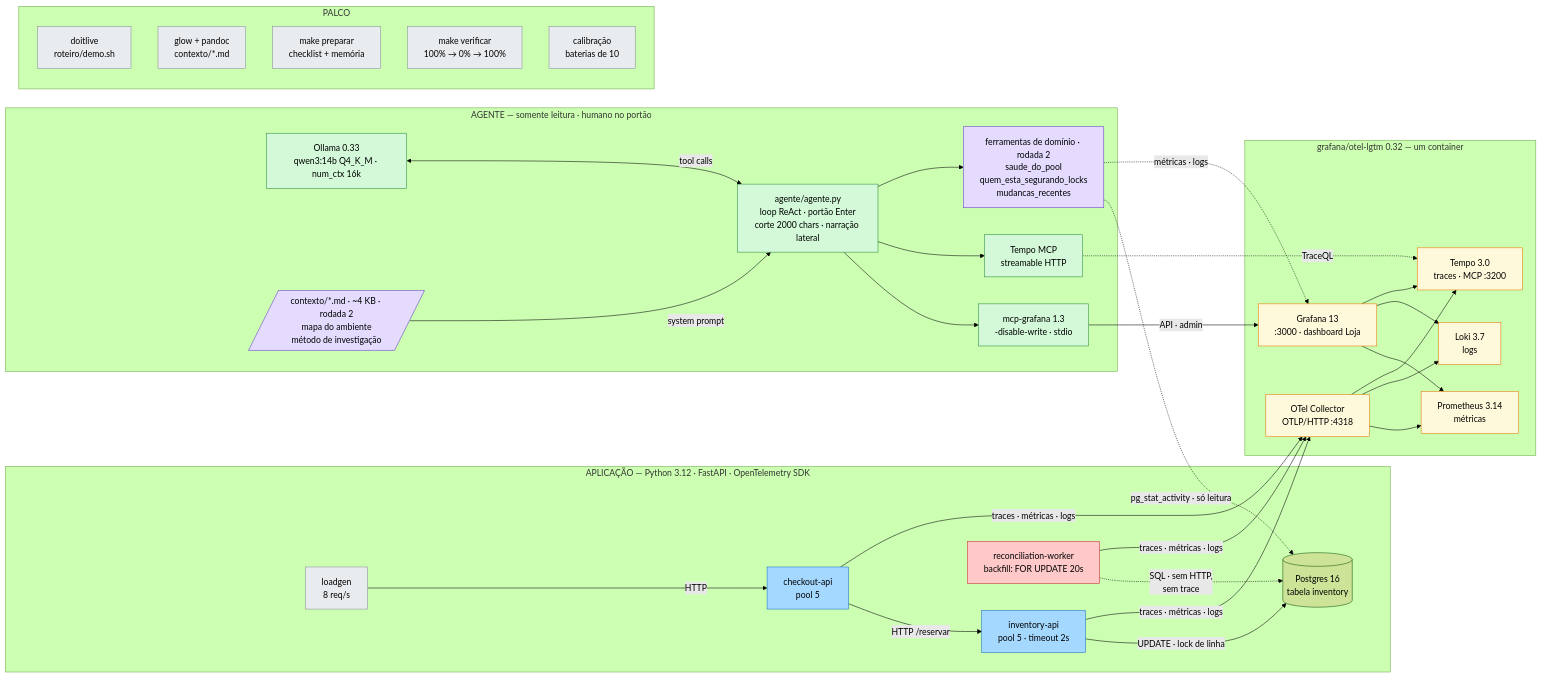
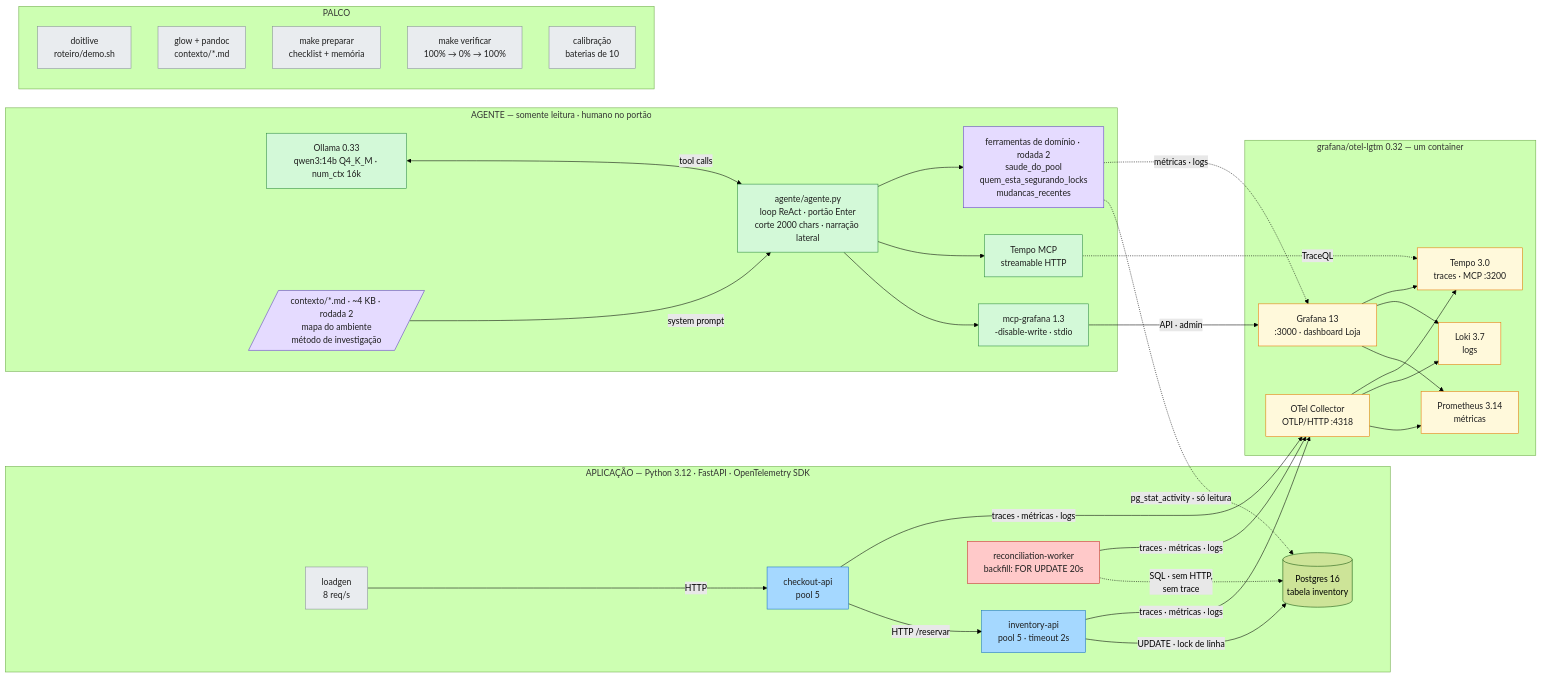
Before and after one commit to juniorjbn/IAObservabilidade: the diagram in docs/ARQUITETURA.md, drawn with Mermaid (forest theme).

Commit message:
ARQUITETURA.md: cor do texto fixa nas classes — legível no tema escuro
Claude-Session: https://claude.ai/code/session_01LbZ9FjMfbAAzX6QkWWLLGe

````diff
--- a/docs/ARQUITETURA.md
+++ b/docs/ARQUITETURA.md
@@ -6,60 +6,60 @@
 ```mermaid
 flowchart LR
     subgraph app["APLICAÇÃO — Python 3.12 · FastAPI · OpenTelemetry SDK"]
         LG[loadgen<br/>8 req/s] -->|HTTP| CK[checkout-api<br/>pool 5]
         CK -->|HTTP /reservar| INV[inventory-api<br/>pool 5 · timeout 2s]
         INV -->|UPDATE · lock de linha| PG[(Postgres 16<br/>tabela inventory)]
         WK[reconciliation-worker<br/>backfill: FOR UPDATE 20s] -.->|SQL · sem HTTP,<br/>sem trace| PG
     end
 
     subgraph lgtm["grafana/otel-lgtm 0.32 — um container"]
         COL[OTel Collector<br/>OTLP/HTTP :4318]
         COL --> PROM[Prometheus 3.14<br/>métricas]
         COL --> LOKI[Loki 3.7<br/>logs]
         COL --> TMP[Tempo 3.0<br/>traces · MCP :3200]
         GRAF[Grafana 13<br/>:3000 · dashboard Loja]
     end
 
     CK & INV & WK -->|traces · métricas · logs| COL
 
     subgraph agente["AGENTE — somente leitura · humano no portão"]
         OLL[Ollama 0.33<br/>qwen3:14b Q4_K_M · num_ctx 16k]
         AG[agente/agente.py<br/>loop ReAct · portão Enter<br/>corte 2000 chars · narração lateral]
         OLL <-->|tool calls| AG
         MG[mcp-grafana 1.3<br/>-disable-write · stdio]
         TMCP[Tempo MCP<br/>streamable HTTP]
         DOM[ferramentas de domínio · rodada 2<br/>saude_do_pool<br/>quem_esta_segurando_locks<br/>mudancas_recentes]
         CTX[/contexto/*.md · ~4 KB · rodada 2<br/>mapa do ambiente<br/>método de investigação/]
         AG --> MG
         AG --> TMCP
         AG --> DOM
         CTX -->|system prompt| AG
     end
 
     MG -->|API · admin| GRAF
     GRAF --> PROM & LOKI & TMP
     TMCP -.->|TraceQL| TMP
     DOM -.->|pg_stat_activity · só leitura| PG
     DOM -.->|métricas · logs| GRAF
 
     subgraph palco["PALCO"]
         DL[doitlive<br/>roteiro/demo.sh]
         GL[glow + pandoc<br/>contexto/*.md]
         PREP[make preparar<br/>checklist + memória]
         VER[make verificar<br/>100% → 0% → 100%]
         CAL[calibração<br/>baterias de 10]
     end
 
-    classDef vermelho fill:#ffc9c9,stroke:#c92a2a
-    classDef azul fill:#a5d8ff,stroke:#1971c2
-    classDef amarelo fill:#fff9db,stroke:#e67700
-    classDef verde fill:#d3f9d8,stroke:#2b8a3e
-    classDef roxo fill:#e5dbff,stroke:#5f3dc4
-    classDef cinza fill:#e9ecef,stroke:#868e96
+    classDef vermelho fill:#ffc9c9,stroke:#c92a2a,color:#1e1e1e
+    classDef azul fill:#a5d8ff,stroke:#1971c2,color:#1e1e1e
+    classDef amarelo fill:#fff9db,stroke:#e67700,color:#1e1e1e
+    classDef verde fill:#d3f9d8,stroke:#2b8a3e,color:#1e1e1e
+    classDef roxo fill:#e5dbff,stroke:#5f3dc4,color:#1e1e1e
+    classDef cinza fill:#e9ecef,stroke:#868e96,color:#1e1e1e
     class WK vermelho
     class CK,INV azul
     class COL,PROM,LOKI,TMP,GRAF amarelo
     class OLL,AG,MG,TMCP verde
     class DOM,CTX roxo
     class LG,DL,GL,PREP,VER,CAL cinza
 ```
````
